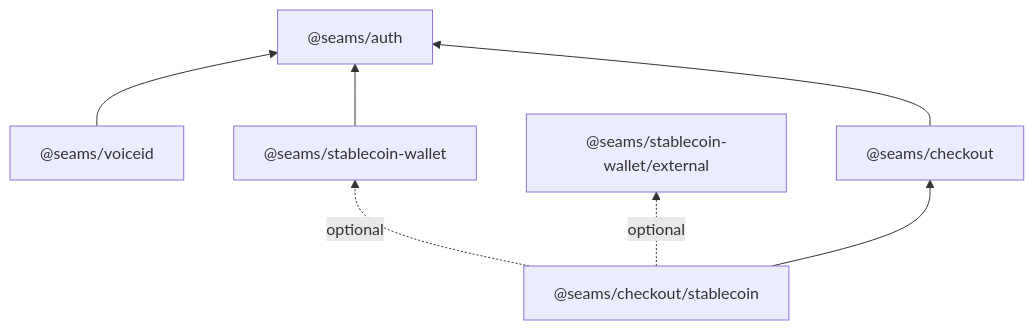
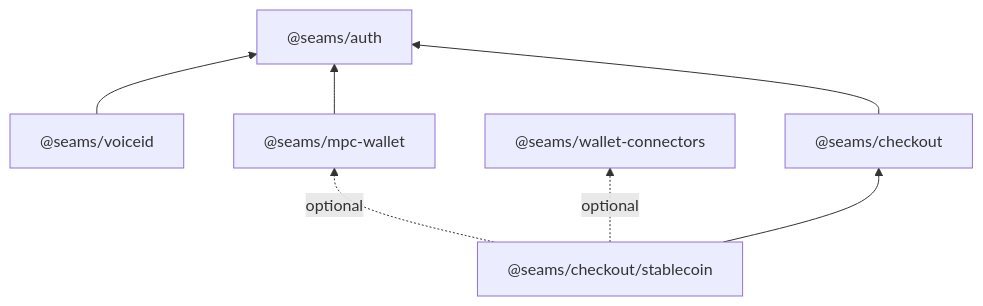
One commit to seams-tech/seams-wallet changed the diagram in docs/refactor-251-auth-wallet-checkout-modules.md. Above: the diagram before and after it, drawn with Mermaid. The commit also changed other lines of this file and 1 other file, not shown here.

Commit message:
Plan: name the wallet packages mpc-wallet and wallet-connectors; auth runs in the account iframe

````diff
--- a/docs/refactor-251-auth-wallet-checkout-modules.md
+++ b/docs/refactor-251-auth-wallet-checkout-modules.md
@@ -164,11 +171,11 @@
 ```mermaid
 flowchart BT
     Auth["@seams/auth"]
     Voice["@seams/voiceid"] --> Auth
-    Wallet["@seams/stablecoin-wallet"] --> Auth
-    External["@seams/stablecoin-wallet/external"]
+    Wallet["@seams/mpc-wallet"] --> Auth
+    External["@seams/wallet-connectors"]
     Checkout["@seams/checkout"] --> Auth
     Plugin["@seams/checkout/stablecoin"] -. optional .-> Wallet
     Plugin -. optional .-> External
     Plugin --> Checkout
 ```
````
